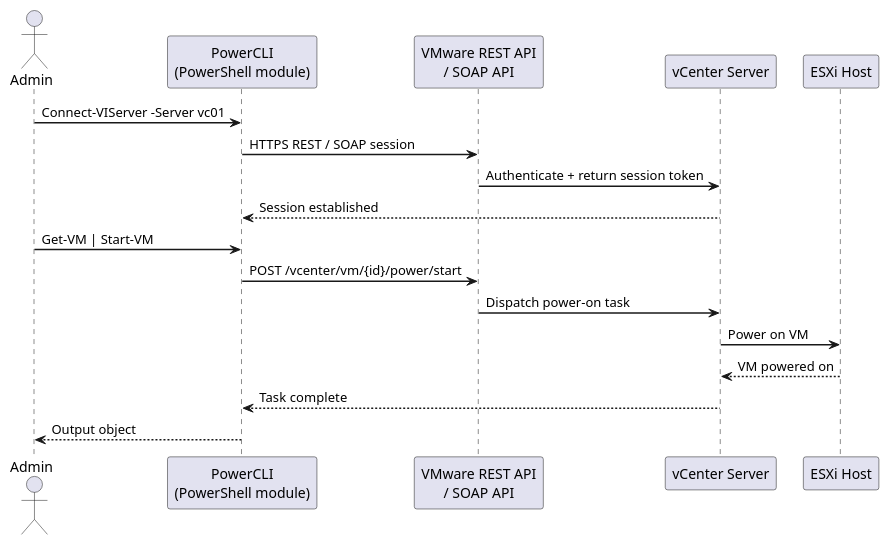
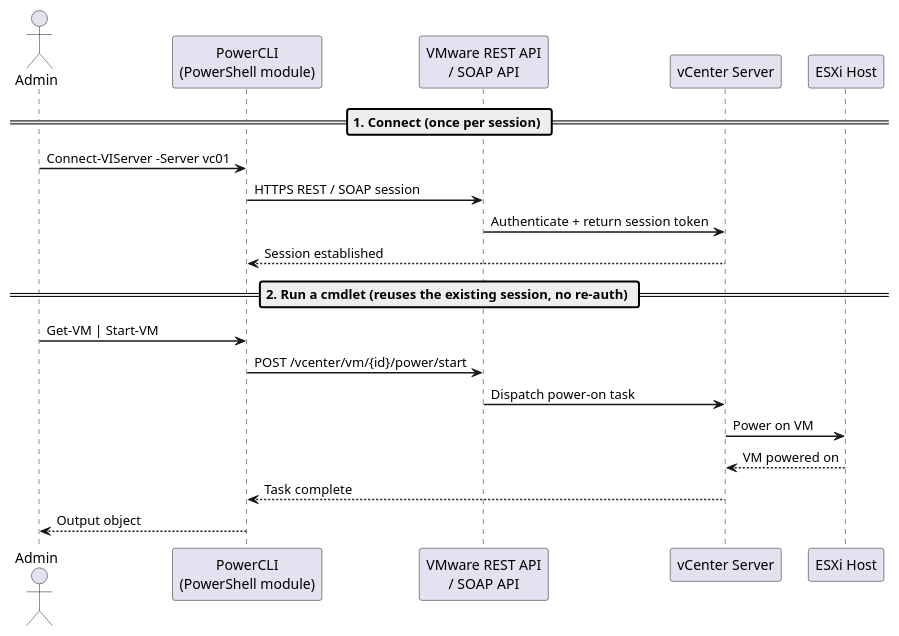
Before and after one commit to canast01/chris-kb: the diagram in docs/virtualization/vmware/products/powercli/architecture/how-it-works.md, drawn with PlantUML. The commit also changed 14 other files, not shown here.

First line of the commit message:
Add phase dividers to PlantUML sequence diagrams mixing unrelated flows; fix PowerMax escalation box-vs-footer overlap

````diff
--- a/docs/virtualization/vmware/products/powercli/architecture/how-it-works.md
+++ b/docs/virtualization/vmware/products/powercli/architecture/how-it-works.md
@@ -19,25 +19,27 @@
 ```plantuml
 @startuml
 skinparam sequenceArrowThickness 1.5
 skinparam roundcorner 5
 
 actor "Admin" as ADM
 participant "PowerCLI\n(PowerShell module)" as CLI
 participant "VMware REST API\n/ SOAP API" as API
 participant "vCenter Server" as VC
 participant "ESXi Host" as ESX
 
+== 1. Connect (once per session) ==
 ADM -> CLI: Connect-VIServer -Server vc01
 CLI -> API: HTTPS REST / SOAP session
 API -> VC: Authenticate + return session token
 VC --> CLI: Session established
 
+== 2. Run a cmdlet (reuses the existing session, no re-auth) ==
 ADM -> CLI: Get-VM | Start-VM
 CLI -> API: POST /vcenter/vm/{id}/power/start
 API -> VC: Dispatch power-on task
 VC -> ESX: Power on VM
 ESX --> VC: VM powered on
 VC --> CLI: Task complete
 CLI --> ADM: Output object
 @enduml
 ```
````
